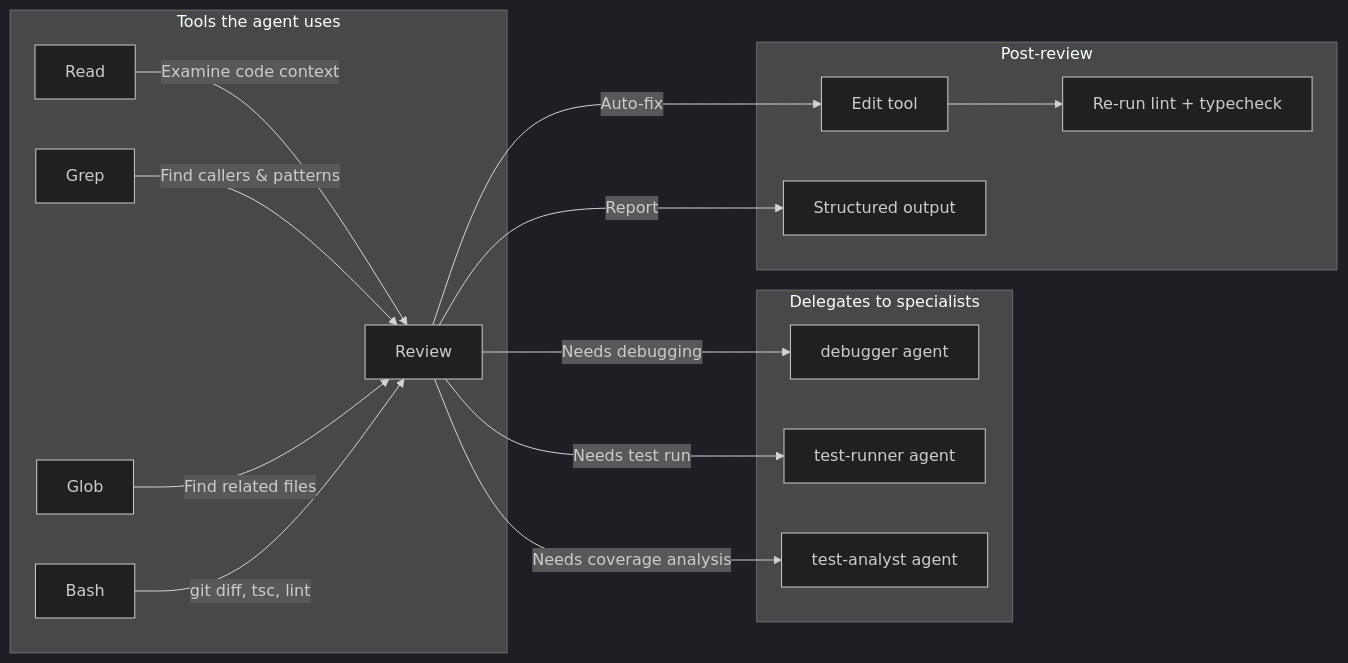
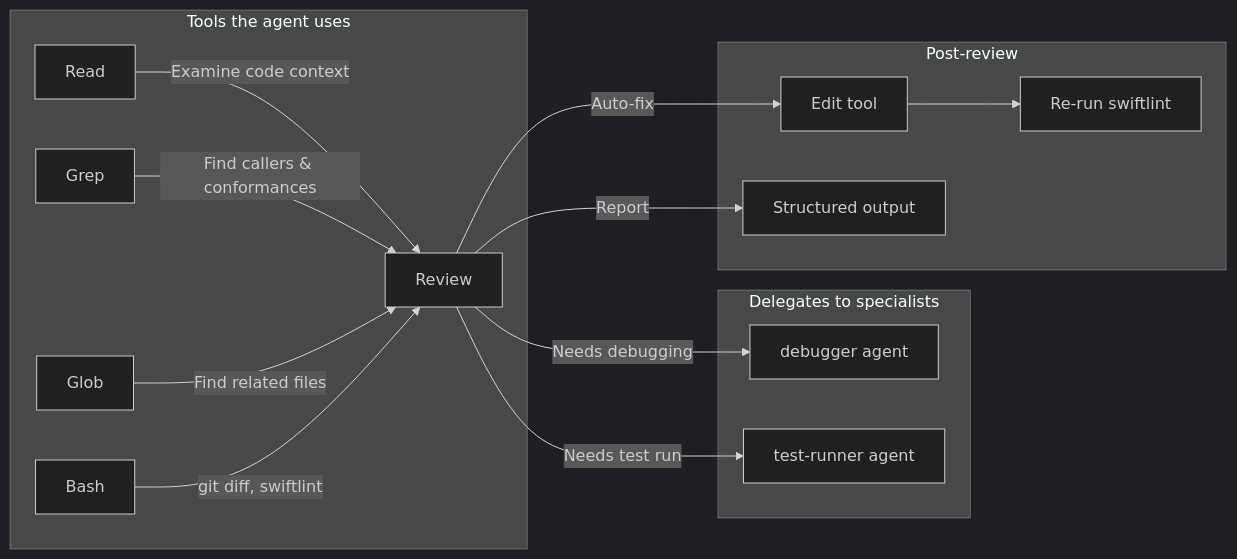
Before and after one commit to SomeStay07/code-review-agent: the second of 2 diagrams in README.md, drawn with Mermaid (dark theme). The commit also changed other lines of this file and 2 other files, not shown here.

````diff
--- a/README.md
+++ b/README.md
@@ -265,21 +259,20 @@
 ```mermaid
 graph LR
     subgraph "Tools the agent uses"
         A[Read] -->|Examine code context| E[Review]
-        B[Grep] -->|Find callers & patterns| E
+        B[Grep] -->|Find callers & conformances| E
         C[Glob] -->|Find related files| E
-        D[Bash] -->|git diff, tsc, lint| E
+        D[Bash] -->|git diff, swiftlint| E
     end
 
     subgraph "Delegates to specialists"
         E -->|Needs debugging| F[debugger agent]
         E -->|Needs test run| G[test-runner agent]
-        E -->|Needs coverage analysis| H[test-analyst agent]
     end
 
     subgraph "Post-review"
         E -->|Auto-fix| I[Edit tool]
         E -->|Report| J[Structured output]
-        I --> K[Re-run lint + typecheck]
+        I --> K[Re-run swiftlint]
     end
 ```
````
